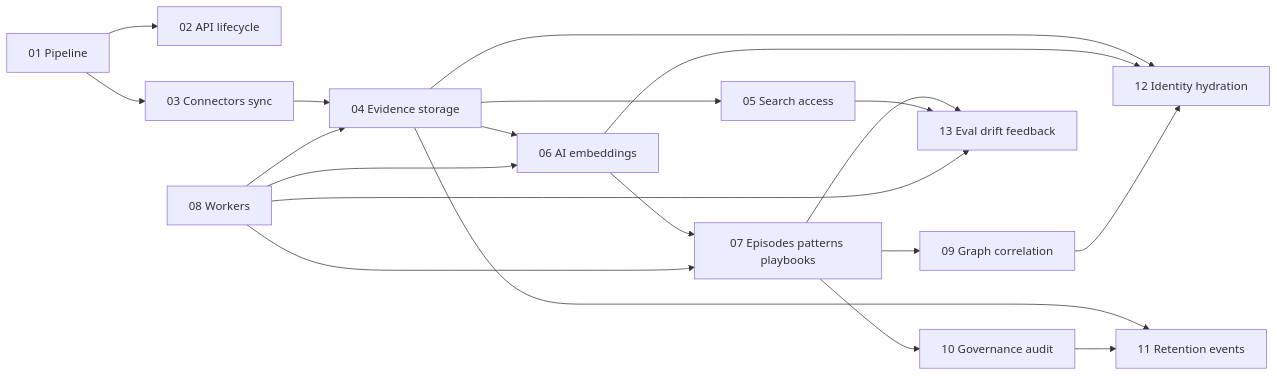
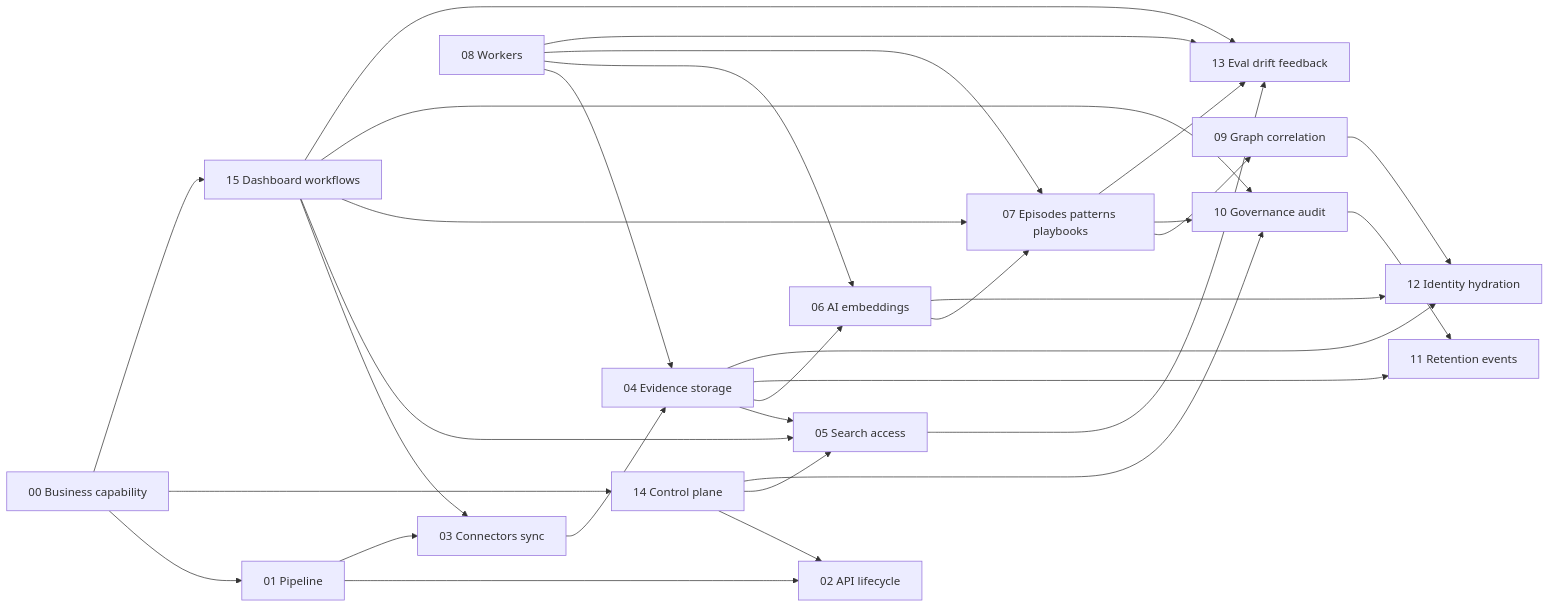
The diagram in codewiki/PLAN.md (Valuedx/ContextEdge), drawn with Mermaid before and after one commit. The commit also changed other lines of this file and 5 other files, not shown here.

````diff
--- a/codewiki/PLAN.md
+++ b/codewiki/PLAN.md
@@ -44,35 +48,49 @@
 ```mermaid
 flowchart LR
+  P0[00 Business capability]
   P1[01 Pipeline]
   P2[02 API lifecycle]
   P3[03 Connectors sync]
   P4[04 Evidence storage]
   P5[05 Search access]
   P6[06 AI embeddings]
   P7[07 Episodes patterns playbooks]
   P8[08 Workers]
   P9[09 Graph correlation]
   P10[10 Governance audit]
   P11[11 Retention events]
   P12[12 Identity hydration]
   P13[13 Eval drift feedback]
+  P14[14 Control plane]
+  P15[15 Dashboard workflows]
+  P0 --> P1
+  P0 --> P14
+  P0 --> P15
   P1 --> P2
   P1 --> P3
   P3 --> P4
   P4 --> P5
   P4 --> P6
   P6 --> P7
   P8 --> P4
   P8 --> P6
   P8 --> P7
   P7 --> P9
   P7 --> P10
   P4 --> P11
   P10 --> P11
   P4 --> P12
   P6 --> P12
   P9 --> P12
   P7 --> P13
   P5 --> P13
   P8 --> P13
+  P14 --> P2
+  P14 --> P5
+  P14 --> P10
+  P15 --> P3
+  P15 --> P5
+  P15 --> P7
+  P15 --> P10
+  P15 --> P13
 ```
````
